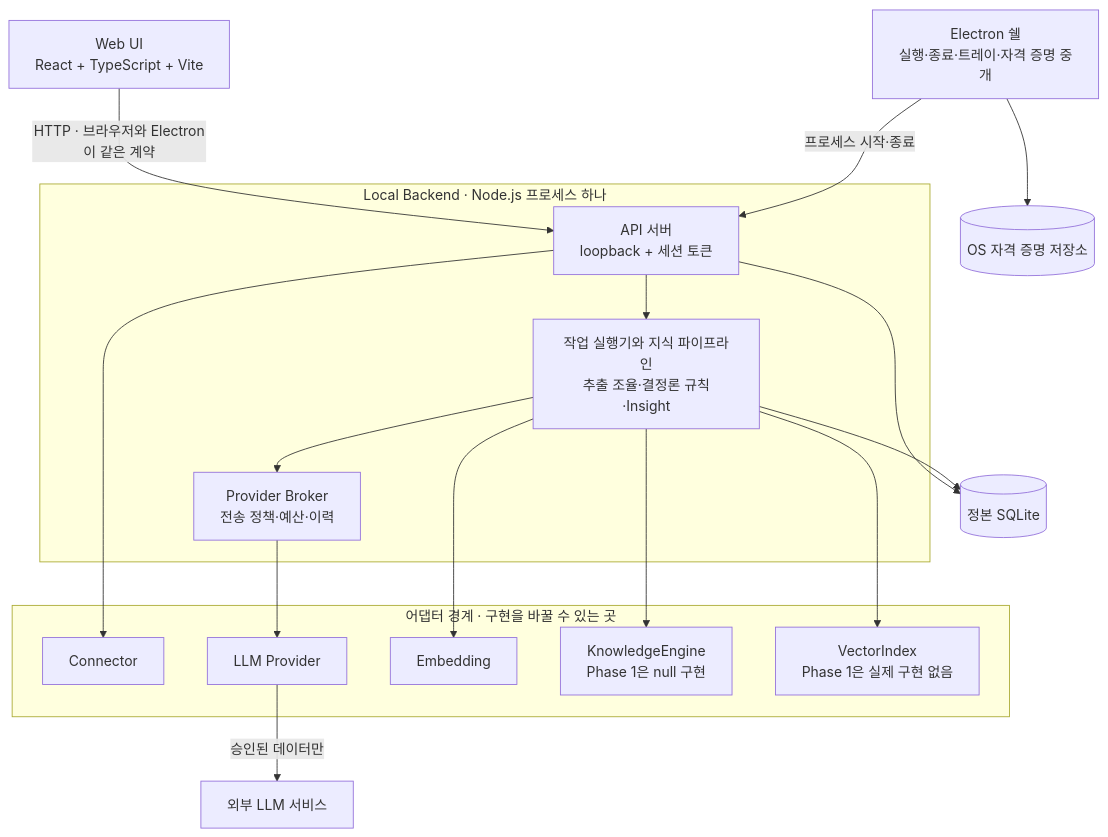
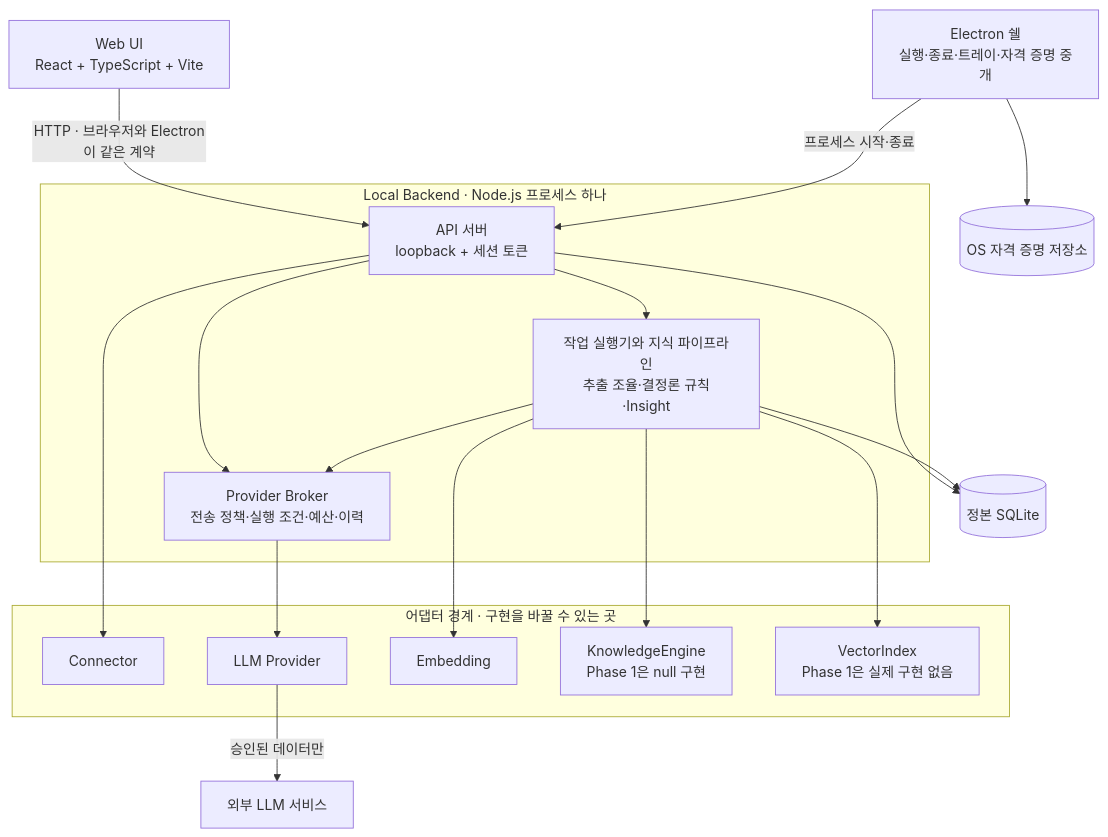
The first of 2 diagrams in docs/ARCHITECTURE.md (nohdol97/PKI), drawn with Mermaid before and after one commit. The commit also changed other lines of this file and 13 other files, not shown here.

````diff
--- a/docs/ARCHITECTURE.md
+++ b/docs/ARCHITECTURE.md
@@ -44,33 +61,34 @@
 ```mermaid
 flowchart TB
   UI["Web UI<br/>React + TypeScript + Vite"]
   SHELL["Electron 쉘<br/>실행·종료·트레이·자격 증명 중개"]
   subgraph BACKEND["Local Backend · Node.js 프로세스 하나"]
     API["API 서버<br/>loopback + 세션 토큰"]
     PIPE["작업 실행기와 지식 파이프라인<br/>추출 조율·결정론 규칙·Insight"]
-    BROKER["Provider Broker<br/>전송 정책·예산·이력"]
+    BROKER["Provider Broker<br/>전송 정책·실행 조건·예산·이력"]
   end
   subgraph ADAPTERS["어댑터 경계 · 구현을 바꿀 수 있는 곳"]
     CONN["Connector"]
     PROV["LLM Provider"]
     EMB["Embedding"]
     ENG["KnowledgeEngine<br/>Phase 1은 null 구현"]
     VEC["VectorIndex<br/>Phase 1은 실제 구현 없음"]
   end
   DB[("정본 SQLite")]
   CRED[("OS 자격 증명 저장소")]
   EXT["외부 LLM 서비스"]
   UI -->|"HTTP · 브라우저와 Electron이 같은 계약"| API
   SHELL -->|"프로세스 시작·종료"| API
   SHELL --> CRED
   API --> CONN
   API --> DB
   API --> PIPE
+  API --> BROKER
   PIPE --> DB
   PIPE --> BROKER
   PIPE --> ENG
   PIPE --> EMB
   PIPE --> VEC
   BROKER --> PROV
   PROV -->|"승인된 데이터만"| EXT
 ```
````
